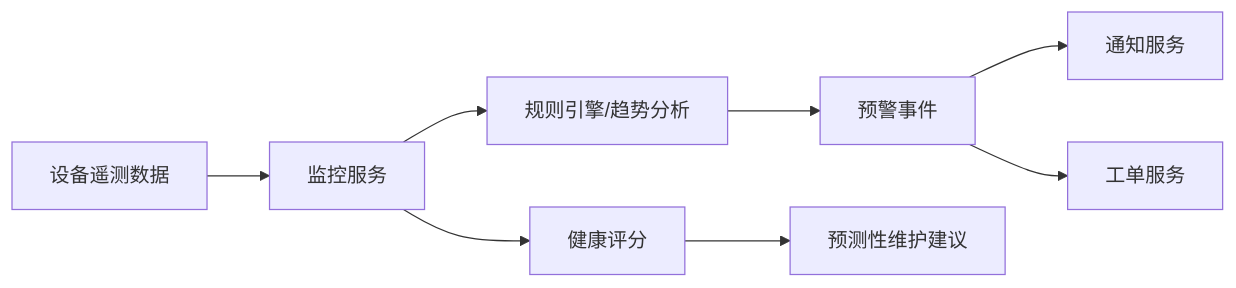
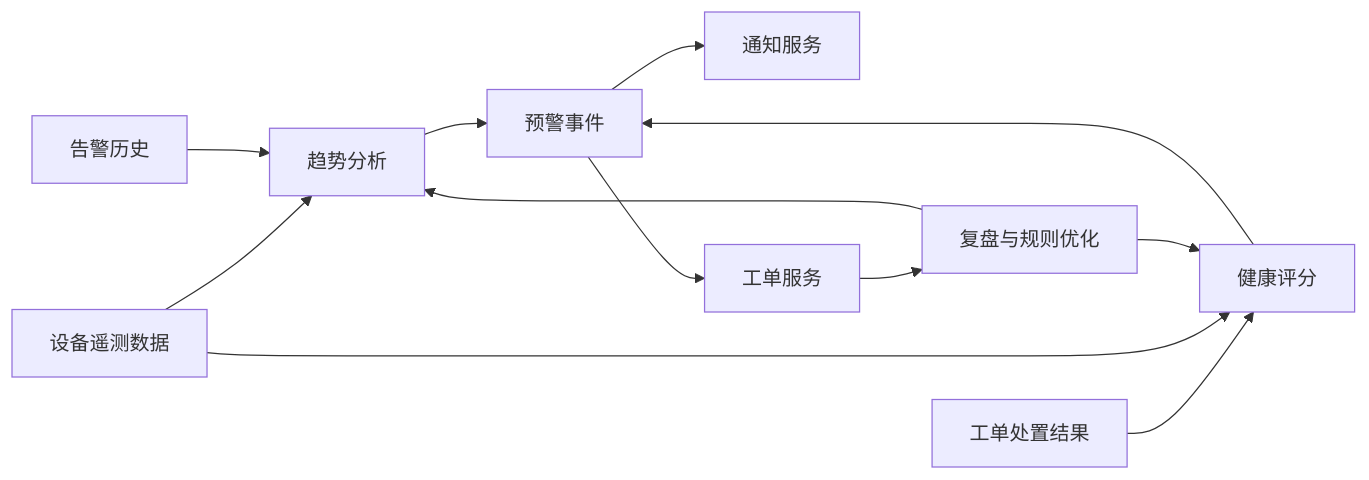
One commit to dptdptdpt1/26_jgs_lw changed the diagram in 场景到技术/03_故障预警与预测性维护.md. Above: the diagram before and after it, drawn with Mermaid. The commit also changed other lines of this file and 17 other files, not shown here.

````diff
--- a/场景到技术/03_故障预警与预测性维护.md
+++ b/场景到技术/03_故障预警与预测性维护.md
@@ -103,10 +169,14 @@
 ```mermaid
 flowchart LR
-    A["设备遥测数据"] --> B["监控服务"]
-    B --> C["规则引擎/趋势分析"]
-    C --> D["预警事件"]
-    D --> E["通知服务"]
-    D --> F["工单服务"]
-    B --> G["健康评分"]
-    G --> H["预测性维护建议"]
+    A["设备遥测数据"] --> B["趋势分析"]
+    C["告警历史"] --> B
+    D["工单处置结果"] --> E["健康评分"]
+    A --> E
+    B --> F["预警事件"]
+    E --> F
+    F --> G["通知服务"]
+    F --> H["工单服务"]
+    H --> I["复盘与规则优化"]
+    I --> B
+    I --> E
 ```
````
